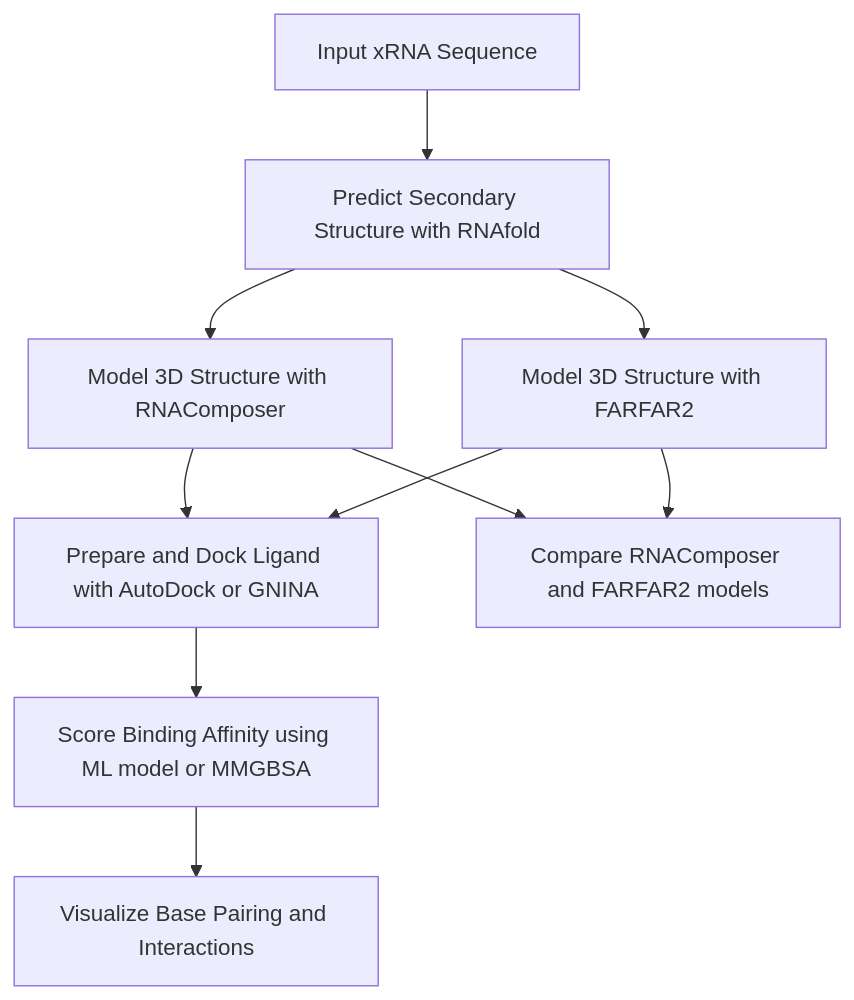
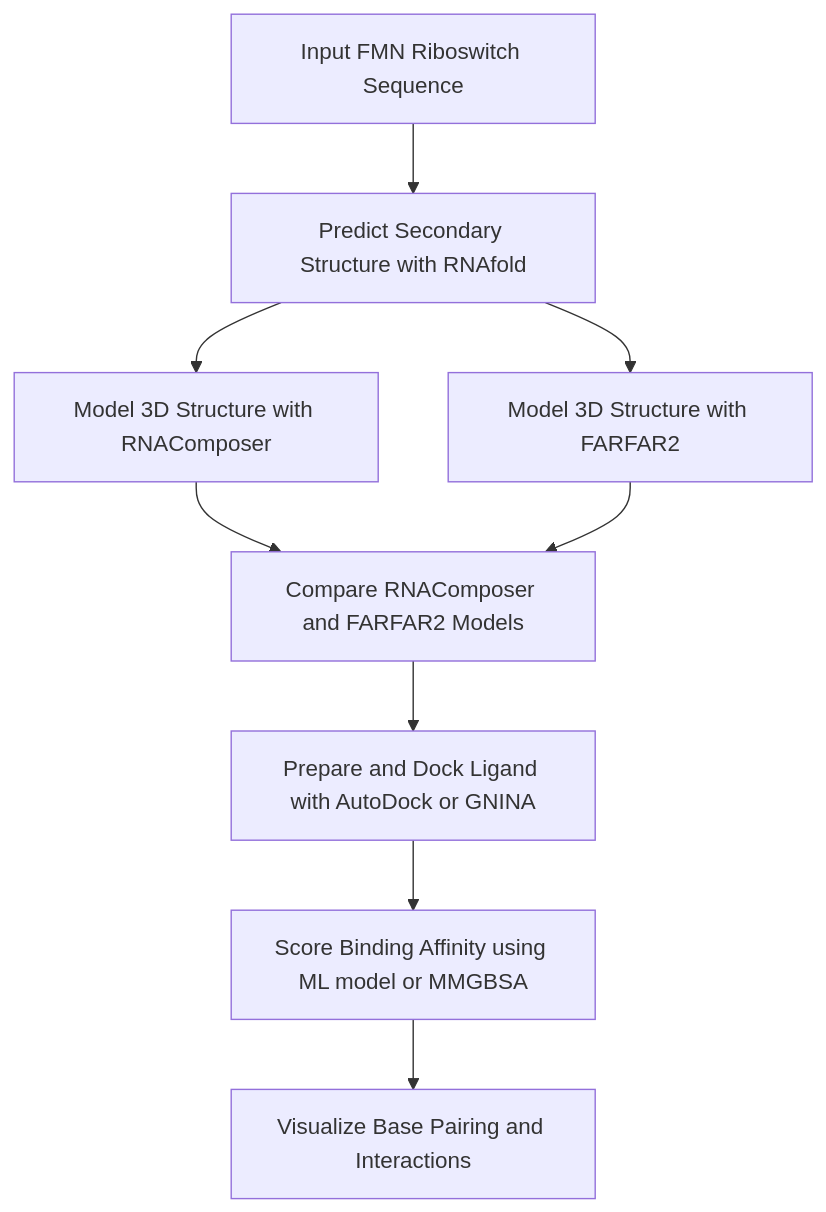
One commit to izgys/rna-ligand-binding changed the diagram in README.md. Above: the diagram before and after it, drawn with Mermaid.

Commit message:
Update README.md file

````diff
--- a/README.md
+++ b/README.md
@@ -51,12 +51,11 @@
 ```mermaid
 graph TD
-    A[Input xRNA Sequence] --> B[Predict Secondary Structure with RNAfold]
+    A[Input FMN Riboswitch Sequence] --> B[Predict Secondary Structure with RNAfold]
     B --> C1[Model 3D Structure with RNAComposer]
     B --> C2[Model 3D Structure with FARFAR2]
-    C1 --> D[Prepare and Dock Ligand with AutoDock or GNINA]
+    C1 --> D[Compare RNAComposer and FARFAR2 Models]
     C2 --> D
-    C1 --> G[Compare RNAComposer and FARFAR2 models]
-    C2 --> G
-    D --> E[Score Binding Affinity using ML model or MMGBSA]
-    E --> F[Visualize Base Pairing and Interactions]
+    D --> E[Prepare and Dock Ligand with AutoDock or GNINA]
+    E --> F[Score Binding Affinity using ML model or MMGBSA]
+    F --> G[Visualize Base Pairing and Interactions]
 ```
````
